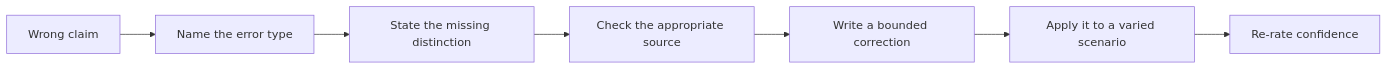
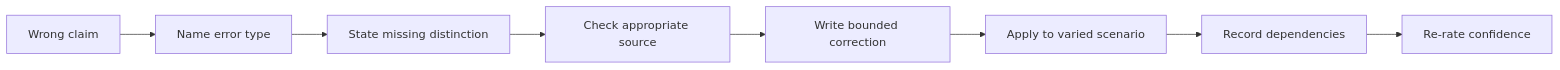
The second of 2 diagrams in docs/learning-plans/6-week/modules/day-12-rest-retrieval-and-misconception-repair.md (andrew3stedall/capstone), drawn with Mermaid before and after one commit. The commit also changed other lines of this file, not shown here.

````diff
--- a/docs/learning-plans/6-week/modules/day-12-rest-retrieval-and-misconception-repair.md
+++ b/docs/learning-plans/6-week/modules/day-12-rest-retrieval-and-misconception-repair.md
@@ -140,9 +168,10 @@
 ```mermaid
 flowchart LR
-    W[Wrong claim] --> T[Name the error type]
-    T --> M[State the missing distinction]
-    M --> S[Check the appropriate source]
-    S --> C[Write a bounded correction]
-    C --> V[Apply it to a varied scenario]
-    V --> R[Re-rate confidence]
+    W[Wrong claim] --> T[Name error type]
+    T --> M[State missing distinction]
+    M --> S[Check appropriate source]
+    S --> B[Write bounded correction]
+    B --> V[Apply to varied scenario]
+    V --> D[Record dependencies]
+    D --> R[Re-rate confidence]
 ```
````
